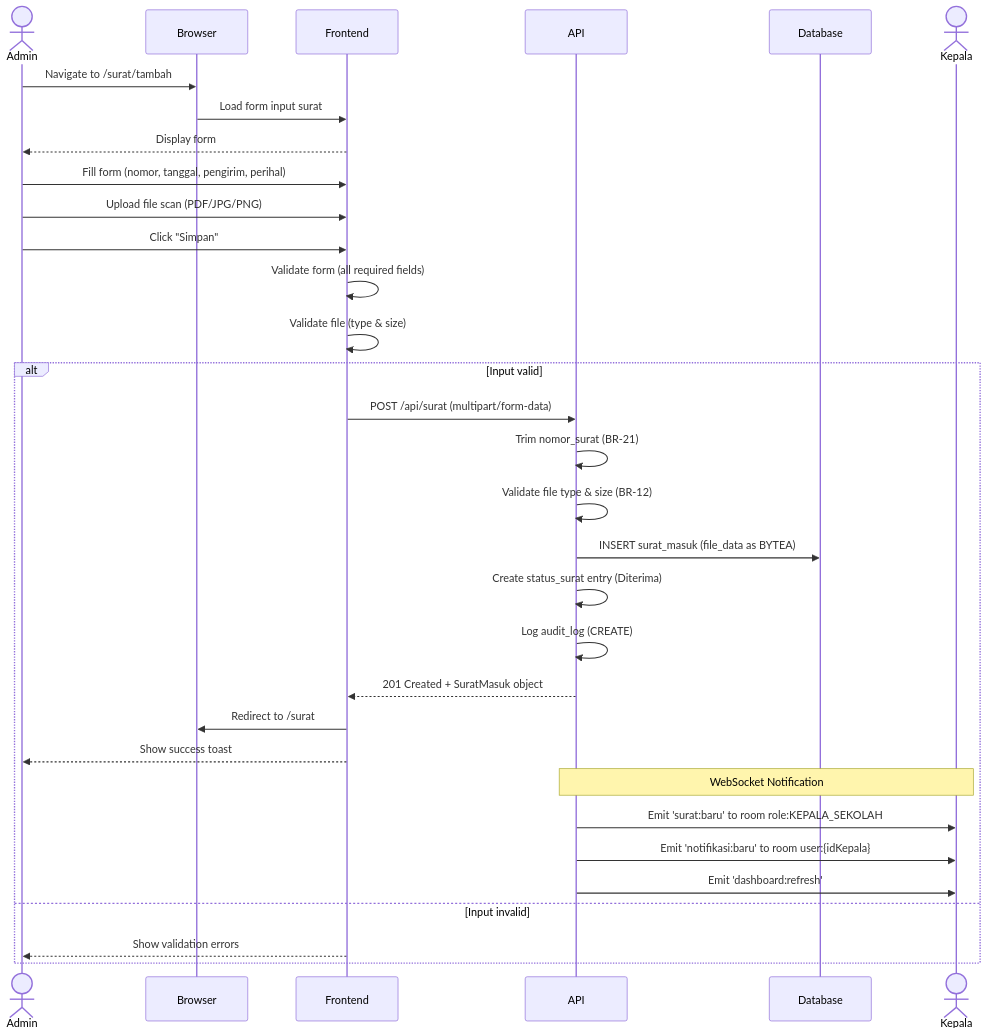
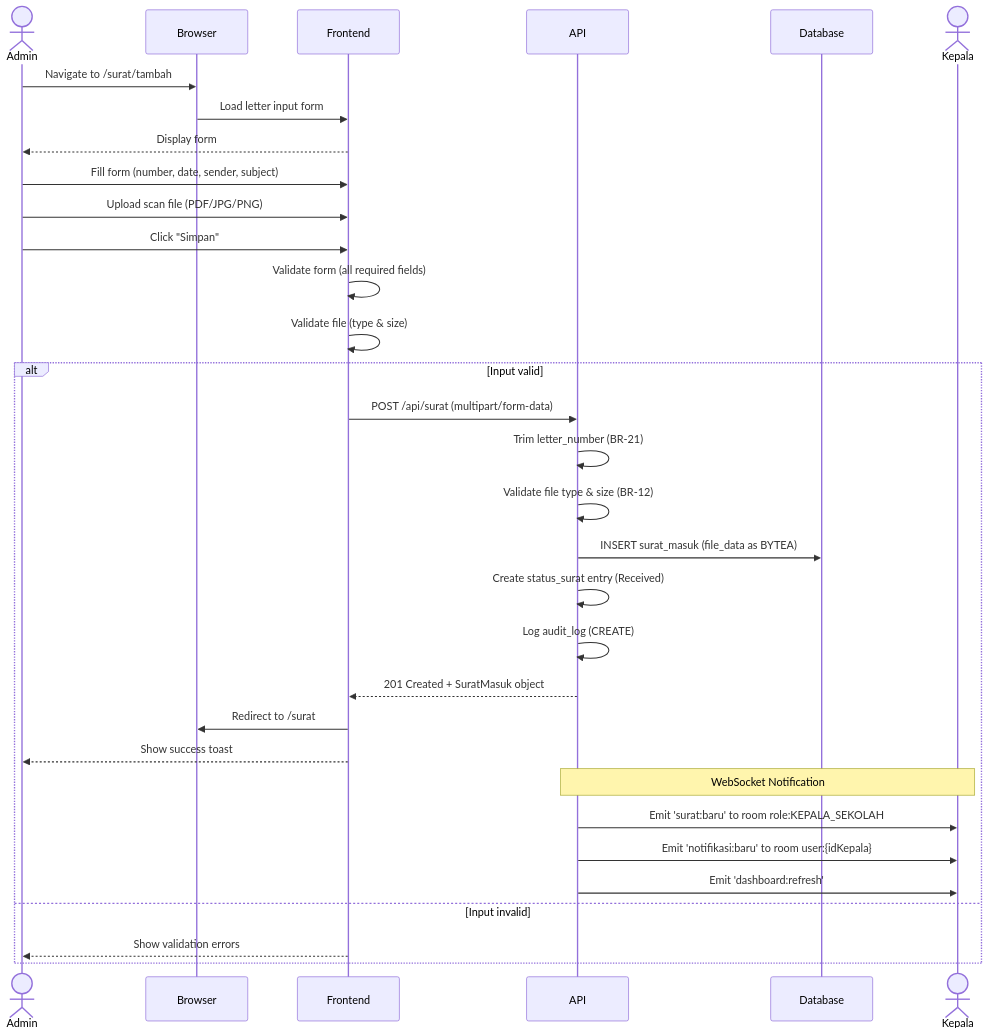
The diagram in docs/system_logics/sys_uc_002.md (ATzFauzan1525/Nexus), drawn with Mermaid before and after one commit. The commit also changed other lines of this file and 2 other files, not shown here.

````diff
--- a/docs/system_logics/sys_uc_002.md
+++ b/docs/system_logics/sys_uc_002.md
@@ -43,39 +43,39 @@
 ```mermaid
 sequenceDiagram
     actor Admin
     participant Browser
     participant Frontend
     participant API
     participant Database
     actor Kepala
 
     Admin->>Browser: Navigate to /surat/tambah
-    Browser->>Frontend: Load form input surat
+    Browser->>Frontend: Load letter input form
     Frontend-->>Admin: Display form
 
-    Admin->>Frontend: Fill form (nomor, tanggal, pengirim, perihal)
-    Admin->>Frontend: Upload file scan (PDF/JPG/PNG)
+    Admin->>Frontend: Fill form (number, date, sender, subject)
+    Admin->>Frontend: Upload scan file (PDF/JPG/PNG)
     Admin->>Frontend: Click "Simpan"
 
     Frontend->>Frontend: Validate form (all required fields)
     Frontend->>Frontend: Validate file (type & size)
 
     alt Input valid
         Frontend->>API: POST /api/surat (multipart/form-data)
-        API->>API: Trim nomor_surat (BR-21)
+        API->>API: Trim letter_number (BR-21)
         API->>API: Validate file type & size (BR-12)
         API->>Database: INSERT surat_masuk (file_data as BYTEA)
-        API->>API: Create status_surat entry (Diterima)
+        API->>API: Create status_surat entry (Received)
         API->>API: Log audit_log (CREATE)
         API-->>Frontend: 201 Created + SuratMasuk object
         Frontend->>Browser: Redirect to /surat
         Frontend-->>Admin: Show success toast
 
         Note over API,Kepala: WebSocket Notification
         API->>Kepala: Emit 'surat:baru' to room role:KEPALA_SEKOLAH
         API->>Kepala: Emit 'notifikasi:baru' to room user:{idKepala}
         API->>Kepala: Emit 'dashboard:refresh'
     else Input invalid
         Frontend-->>Admin: Show validation errors
     end
 ```
````
